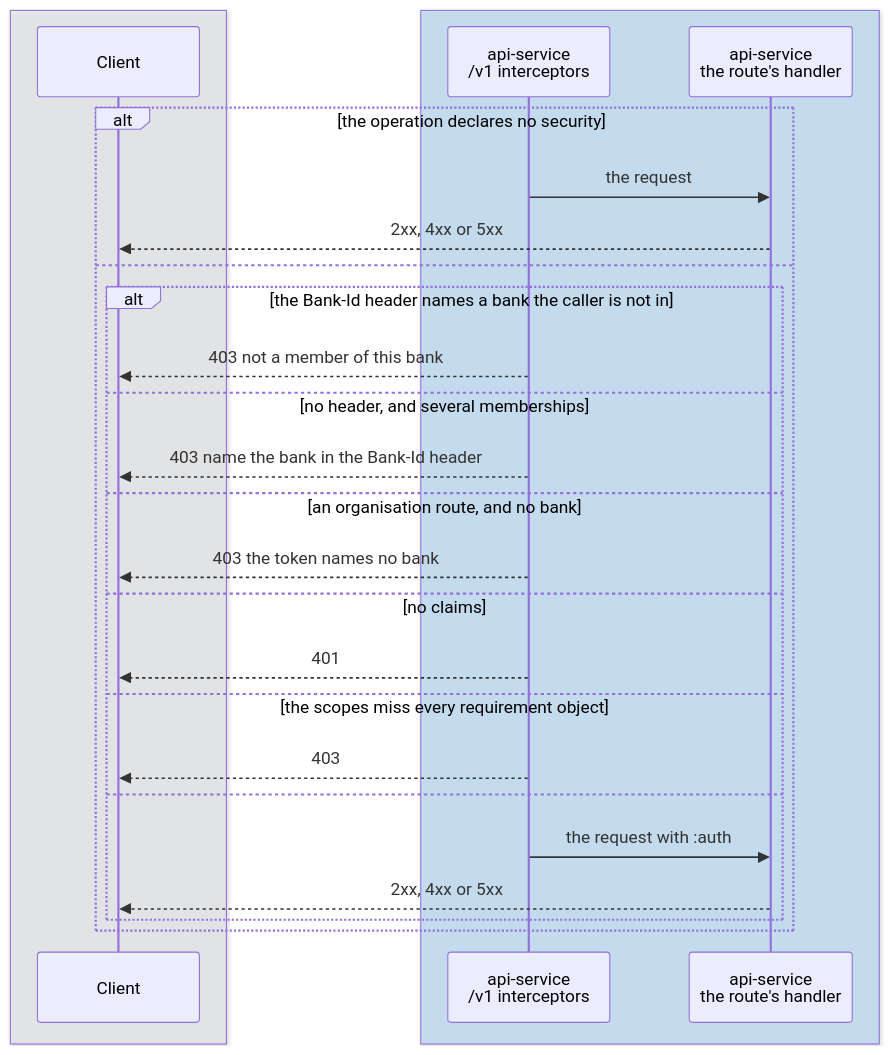
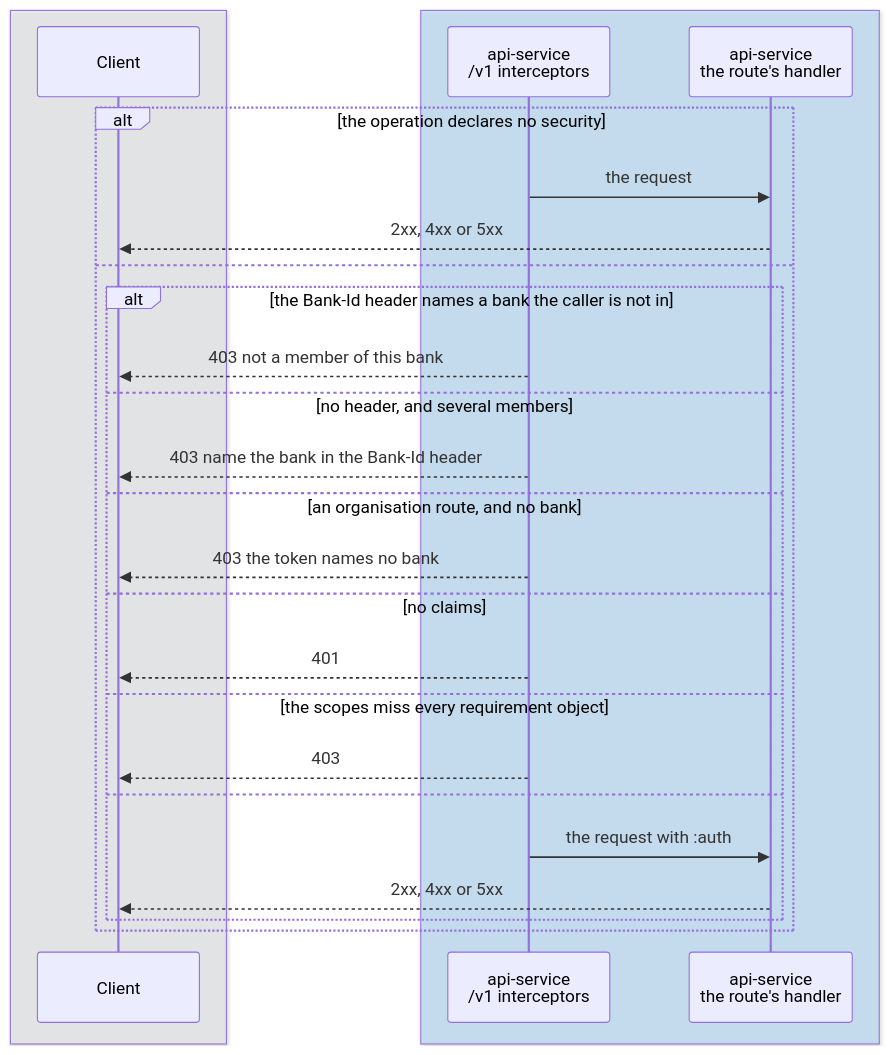
The fifth of 5 diagrams in docs/tdd/service-apis.md (repldriven/queenswood), drawn with Mermaid before and after one commit. The commit also changed other lines of this file and 1030 other files, not shown here.

````diff
--- a/docs/tdd/service-apis.md
+++ b/docs/tdd/service-apis.md
@@ -501,29 +501,29 @@
 ```mermaid
 sequenceDiagram
     box rgba(233, 236, 239, 0.5)
     participant C as Client
     end
     box rgba(165, 216, 255, 0.45)
     participant API as api-service<br/>/v1 interceptors
     participant H as api-service<br/>the route's handler
     end
     alt the operation declares no security
     API->>H: the request
     H-->>C: 2xx, 4xx or 5xx
     else
     alt the Bank-Id header names a bank the caller is not in
     API-->>C: 403 not a member of this bank
-    else no header, and several memberships
+    else no header, and several members
     API-->>C: 403 name the bank in the Bank-Id header
     else an organisation route, and no bank
     API-->>C: 403 the token names no bank
     else no claims
     API-->>C: 401
     else the scopes miss every requirement object
     API-->>C: 403
     else
     API->>H: the request with :auth
     H-->>C: 2xx, 4xx or 5xx
     end
     end
 ```
````
